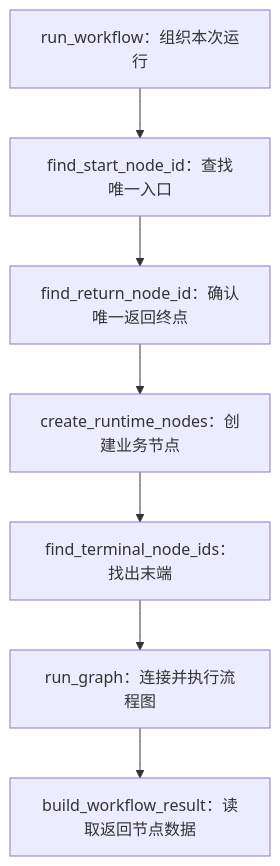
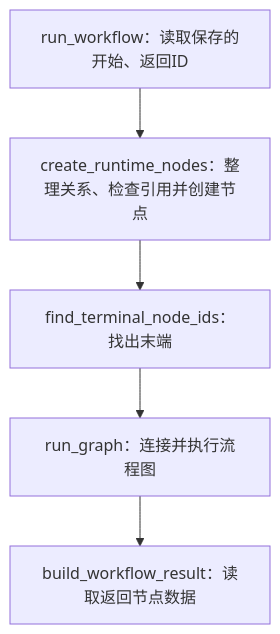
One commit to cfdnfsa/agent changed the diagram in agent/app/modules/workflow_runtime/README.md. Above: the diagram before and after it, drawn with Mermaid. The commit also changed other lines of this file and 38 other files, not shown here.

````diff
--- a/agent/app/modules/workflow_runtime/README.md
+++ b/agent/app/modules/workflow_runtime/README.md
@@ -32,9 +31,7 @@
 ```mermaid
 flowchart TD
-    A["run_workflow：组织本次运行"] --> B["find_start_node_id：查找唯一入口"]
-    B --> R["find_return_node_id：确认唯一返回终点"]
-    R --> C["create_runtime_nodes：创建业务节点"]
+    A["run_workflow：读取保存的开始、返回ID"] --> C["create_runtime_nodes：整理关系、检查引用并创建节点"]
     C --> D["find_terminal_node_ids：找出末端"]
     D --> E["run_graph：连接并执行流程图"]
     E --> F["build_workflow_result：读取返回节点数据"]
 ```
````
